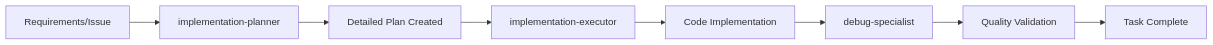
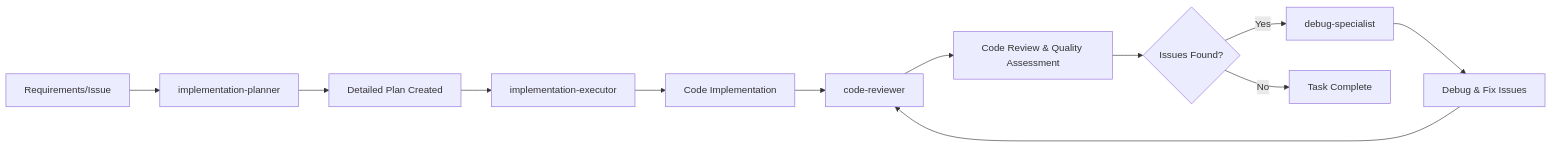
Before and after one commit to m-yoshiro/ng-di-graph: the diagram in docs/rules/ai-development-guide.md, drawn with Mermaid. The commit also changed other lines of this file, not shown here.

First line of the commit message:
docs: integrate code-reviewer agent into AI development workflow

````diff
--- a/docs/rules/ai-development-guide.md
+++ b/docs/rules/ai-development-guide.md
@@ -38,10 +40,14 @@
 ```mermaid
 flowchart LR
     A[Requirements/Issue] --> B[implementation-planner]
     B --> C[Detailed Plan Created]
     C --> D[implementation-executor]
     D --> E[Code Implementation]
-    E --> F[debug-specialist]
-    F --> G[Quality Validation]
-    G --> H[Task Complete]
+    E --> F[code-reviewer]
+    F --> G[Code Review & Quality Assessment]
+    G --> H{Issues Found?}
+    H -->|Yes| I[debug-specialist]
+    I --> J[Debug & Fix Issues]
+    J --> F
+    H -->|No| K[Task Complete]
 ```
````
